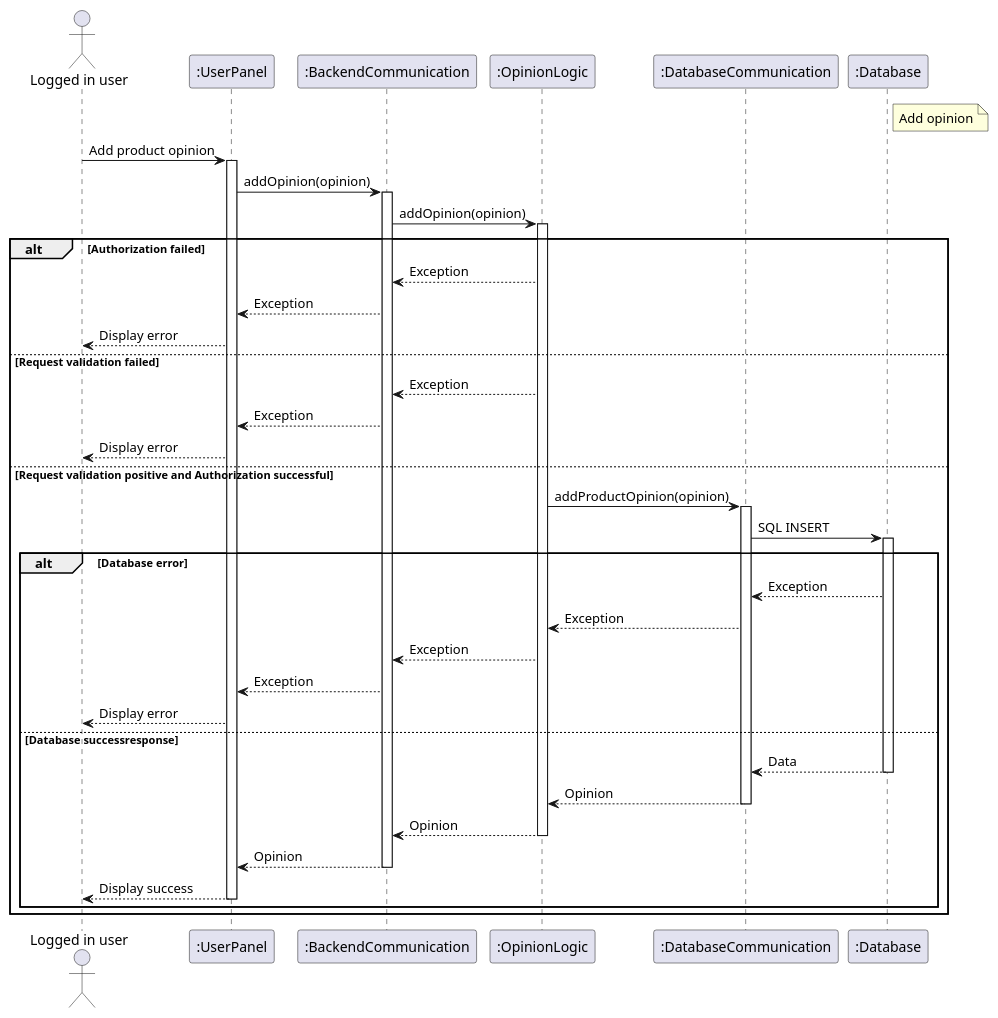
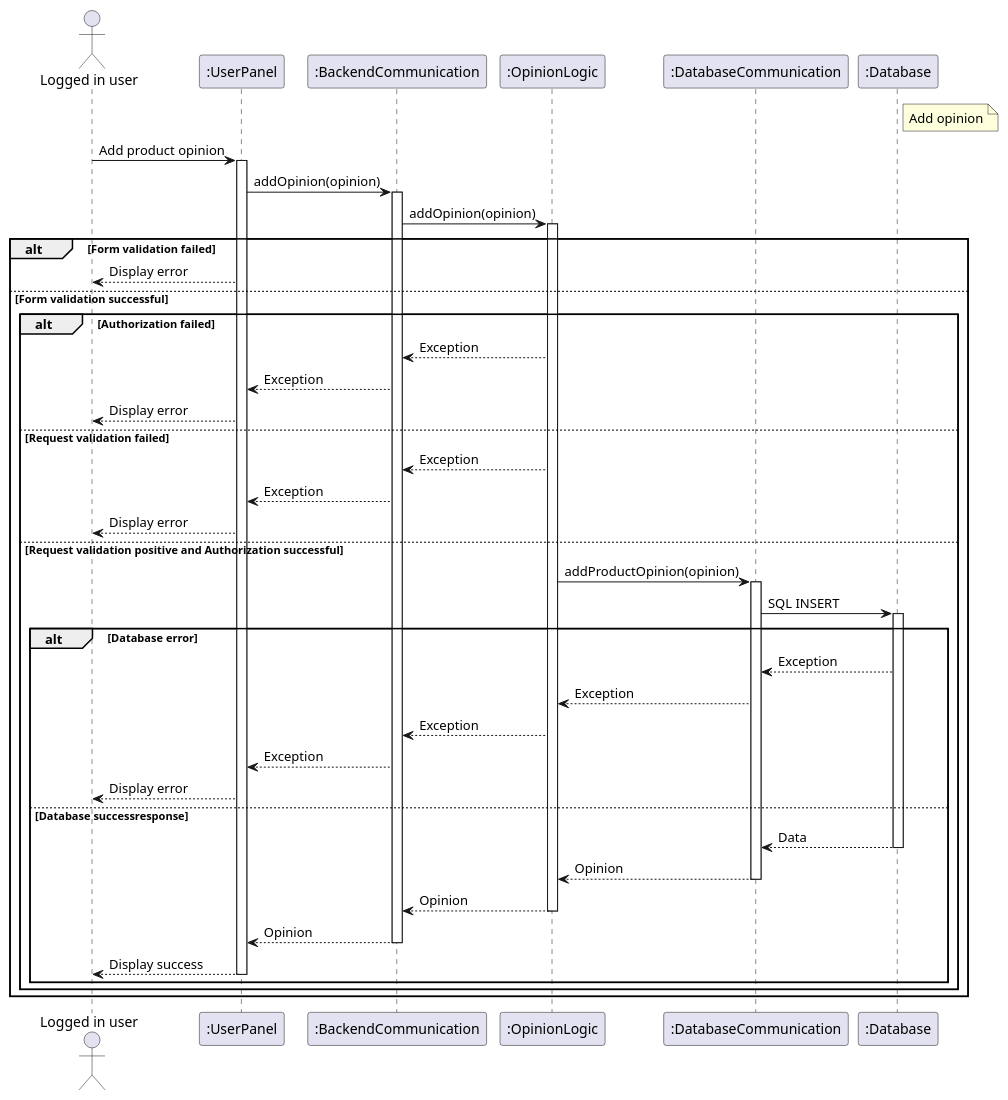
One commit to RadekBucki/OpinionCollectorArchitecture changed the third of 7 diagrams in WholeApplicationFlowDiagrams.md. Above: the diagram before and after it, drawn with PlantUML. The commit also changed other lines of this file, not shown here.

Commit message:
Sequence diagram match activity diagram

````diff
--- a/WholeApplicationFlowDiagrams.md
+++ b/WholeApplicationFlowDiagrams.md
@@ -76,55 +76,59 @@
 ```plantuml
 ```plantuml
 @startuml
     note right of ":Database"
         Add opinion
     endnote
     
     actor       "Logged in user" as User
     participant ":UserPanel"             as UserFE
     participant ":BackendCommunication"  as BeComm
     participant ":OpinionLogic"          as Opinion
     participant ":DatabaseCommunication" as DbComm
     participant ":Database"
     
     User    -> UserFE              : Add product opinion
     activate UserFE
     UserFE  -> BeComm              : addOpinion(opinion)
     activate BeComm
     BeComm  -> Opinion             : addOpinion(opinion)
     activate Opinion
-    alt Authorization failed
-        Opinion --> BeComm         : Exception
-        BeComm --> UserFE          : Exception
+    alt Form validation failed
         UserFE --> User            : Display error
-    else Request validation failed
-        Opinion --> BeComm         : Exception
-        BeComm --> UserFE          : Exception
-        UserFE --> User            : Display error
-    else Request validation positive and Authorization successful
-        Opinion -> DbComm          : addProductOpinion(opinion)
-        activate DbComm
-        DbComm  -> ":Database"     : SQL INSERT
-        activate ":Database"
-        alt Database error
-            ":Database" --> DbComm : Exception
-            DbComm --> Opinion     : Exception
-            Opinion --> BeComm     : Exception
-            BeComm --> UserFE      : Exception
-            UserFE --> User        : Display error
-        else Database successresponse
-            ":Database" --> DbComm : Data
-            deactivate ":Database"
-            DbComm --> Opinion     : Opinion
-            deactivate DbComm
-            Opinion --> BeComm     : Opinion
-            deactivate Opinion
-            BeComm --> UserFE      : Opinion
-            deactivate BeComm
-            UserFE --> User        : Display success
-            deactivate UserFE
+    else Form validation successful
+        alt Authorization failed
+            Opinion --> BeComm         : Exception
+            BeComm --> UserFE          : Exception
+            UserFE --> User            : Display error
+        else Request validation failed
+            Opinion --> BeComm         : Exception
+            BeComm --> UserFE          : Exception
+            UserFE --> User            : Display error
+        else Request validation positive and Authorization successful
+            Opinion -> DbComm          : addProductOpinion(opinion)
+            activate DbComm
+            DbComm  -> ":Database"     : SQL INSERT
+            activate ":Database"
+            alt Database error
+                ":Database" --> DbComm : Exception
+                DbComm --> Opinion     : Exception
+                Opinion --> BeComm     : Exception
+                BeComm --> UserFE      : Exception
+                UserFE --> User        : Display error
+            else Database successresponse
+                ":Database" --> DbComm : Data
+                deactivate ":Database"
+                DbComm --> Opinion     : Opinion
+                deactivate DbComm
+                Opinion --> BeComm     : Opinion
+                deactivate Opinion
+                BeComm --> UserFE      : Opinion
+                deactivate BeComm
+                UserFE --> User        : Display success
+                deactivate UserFE
+            end
         end
     end
     
 @enduml
 ```
````
